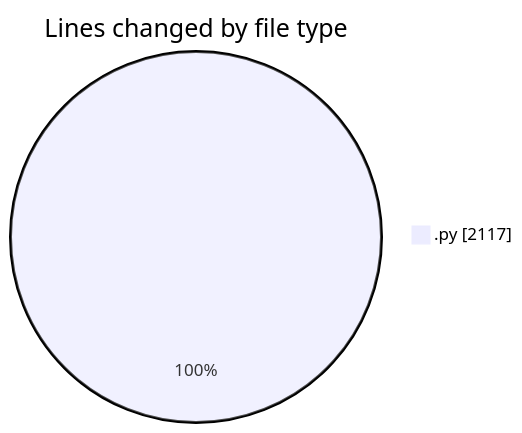
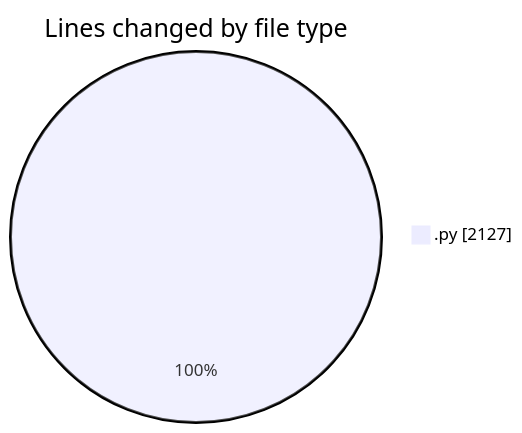
The first of 2 diagrams in 2025-04-19/myws__workspace_/README.md (MatusMokan/code-tracking), drawn with Mermaid before and after one commit. The commit also changed other lines of this file and 1 other file, not shown here.

````diff
--- a/2025-04-19/myws__workspace_/README.md
+++ b/2025-04-19/myws__workspace_/README.md
@@ -23,5 +24,5 @@
 ```mermaid
 pie showData
 title Lines changed by file type
-".py" : 2117
+".py" : 2127
 ```
````
